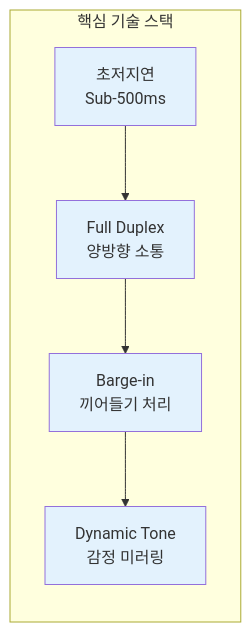
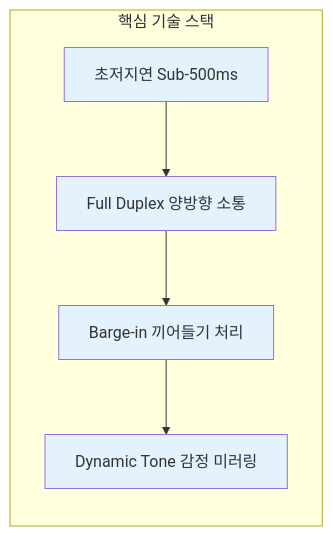
The fifth of 7 diagrams in appendix-b/B01.md (Kanghyeop/pages-book-agent101), drawn with Mermaid before and after one commit. The commit also changed other lines of this file and 48 other files, not shown here.

First line of the commit message:
fix: Mermaid 렌더링 + SVG 경로 수정

````diff
--- a/appendix-b/B01.md
+++ b/appendix-b/B01.md
@@ -201,13 +201,13 @@
 ```mermaid
 flowchart LR
     subgraph Tech["핵심 기술 스택"]
-        A["초저지연<br/>Sub-500ms"] --> B["Full Duplex<br/>양방향 소통"]
-        B --> C["Barge-in<br/>끼어들기 처리"]
-        C --> D["Dynamic Tone<br/>감정 미러링"]
+        A["초저지연 Sub-500ms"] --> B["Full Duplex 양방향 소통"]
+        B --> C["Barge-in 끼어들기 처리"]
+        C --> D["Dynamic Tone 감정 미러링"]
     end
 
     style A fill:#E3F2FD
     style B fill:#E3F2FD
     style C fill:#E3F2FD
     style D fill:#E3F2FD
 ```
````
